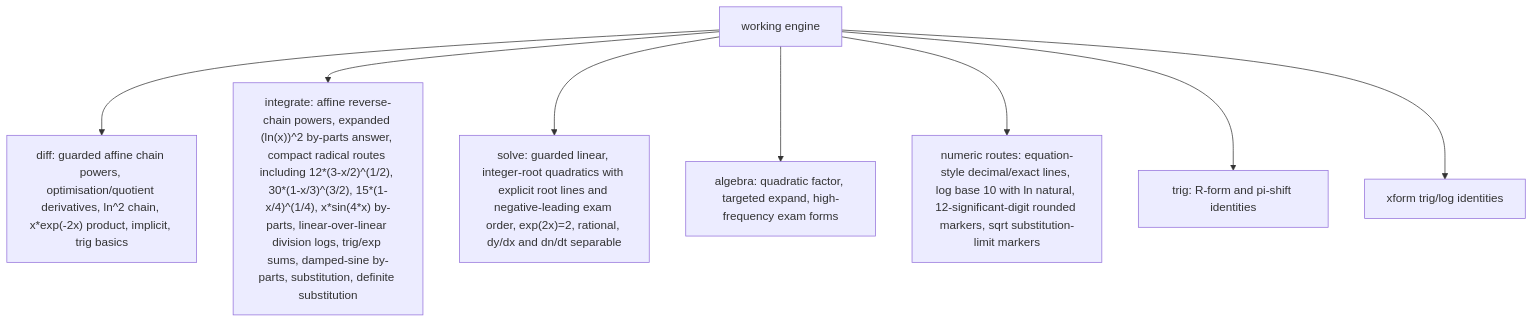
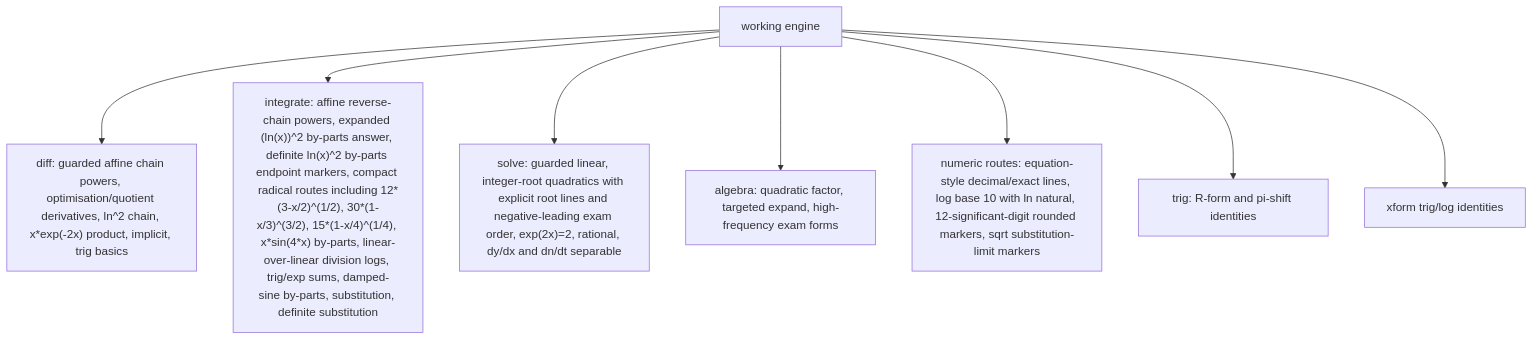
Before and after one commit to james8464/notes-addin-casio-fx-cg50: the third of 6 diagrams in docs/GRAPH.md, drawn with Mermaid. The commit also changed other lines of this file and 4 other files, not shown here.

````diff
--- a/docs/GRAPH.md
+++ b/docs/GRAPH.md
@@ -36,10 +36,10 @@
 ```mermaid
 graph TD
   Work["working engine"] --> Diff["diff: guarded affine chain powers, optimisation/quotient derivatives, ln^2 chain, x*exp(-2x) product, implicit, trig basics"]
-  Work --> Int["integrate: affine reverse-chain powers, expanded (ln(x))^2 by-parts answer, compact radical routes including 12*(3-x/2)^(1/2), 30*(1-x/3)^(3/2), 15*(1-x/4)^(1/4), x*sin(4*x) by-parts, linear-over-linear division logs, trig/exp sums, damped-sine by-parts, substitution, definite substitution"]
+  Work --> Int["integrate: affine reverse-chain powers, expanded (ln(x))^2 by-parts answer, definite ln(x)^2 by-parts endpoint markers, compact radical routes including 12*(3-x/2)^(1/2), 30*(1-x/3)^(3/2), 15*(1-x/4)^(1/4), x*sin(4*x) by-parts, linear-over-linear division logs, trig/exp sums, damped-sine by-parts, substitution, definite substitution"]
   Work --> Solve["solve: guarded linear, integer-root quadratics with explicit root lines and negative-leading exam order, exp(2x)=2, rational, dy/dx and dn/dt separable"]
   Work --> Alg["algebra: quadratic factor, targeted expand, high-frequency exam forms"]
   Work --> Num["numeric routes: equation-style decimal/exact lines, log base 10 with ln natural, 12-significant-digit rounded markers, sqrt substitution-limit markers"]
   Work --> Trig["trig: R-form and pi-shift identities"]
   Work --> Xform["xform trig/log identities"]
 ```
````
